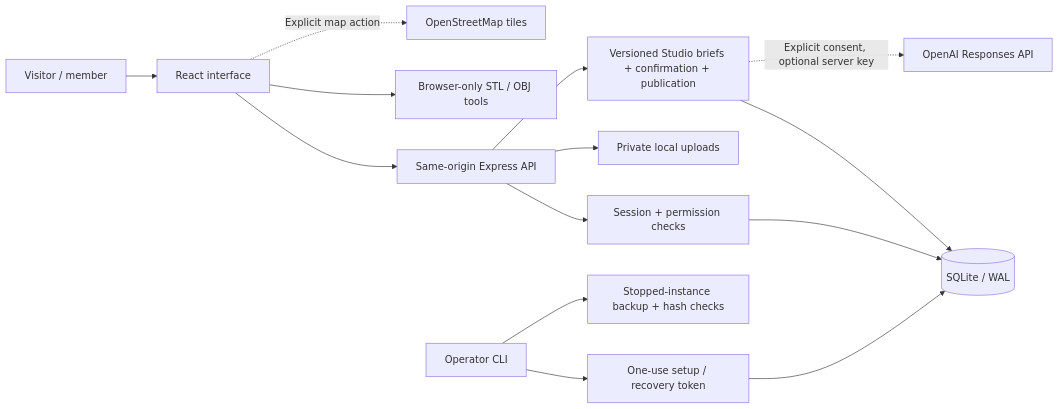
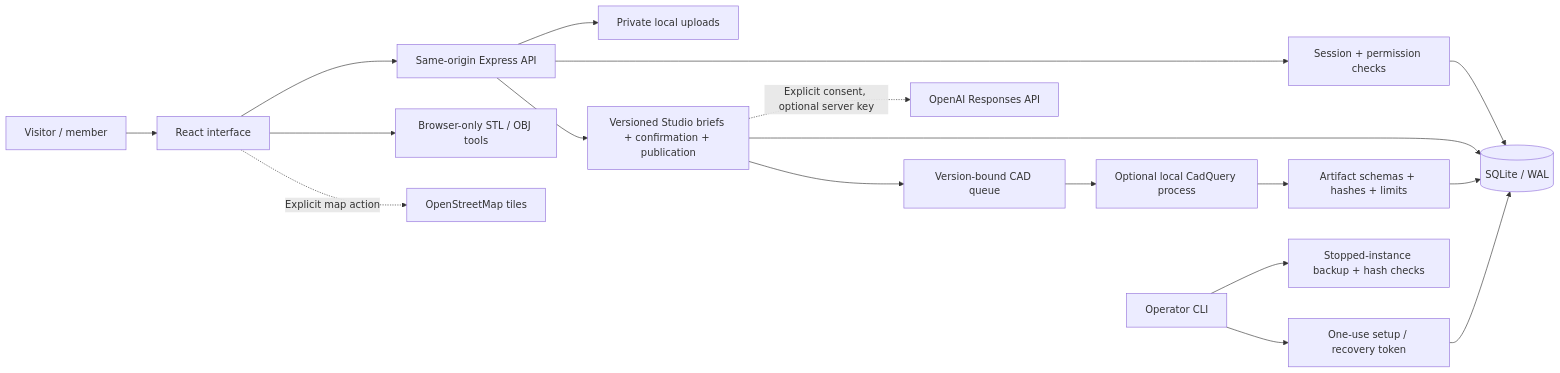
One commit to ultim8digital/openprint changed the diagram in docs/ARCHITECTURE.md. Above: the diagram before and after it, drawn with Mermaid. The commit also changed other lines of this file and 53 other files, not shown here.

````diff
--- a/docs/ARCHITECTURE.md
+++ b/docs/ARCHITECTURE.md
@@ -5,16 +5,20 @@
 ```mermaid
 flowchart LR
     Member[Visitor / member] --> UI[React interface]
     UI --> API[Same-origin Express API]
     API --> Auth[Session + permission checks]
     Auth --> DB[(SQLite / WAL)]
     API --> Files[Private local uploads]
     API --> Studio[Versioned Studio briefs + confirmation + publication]
     Studio --> DB
+    Studio --> Queue[Version-bound CAD queue]
+    Queue --> CAD[Optional local CadQuery process]
+    CAD --> Verify[Artifact schemas + hashes + limits]
+    Verify --> DB
     Studio -. Explicit consent, optional server key .-> AI[OpenAI Responses API]
     UI --> Tools[Browser-only STL / OBJ tools]
     UI -. Explicit map action .-> OSM[OpenStreetMap tiles]
     Operator[Operator CLI] --> Admin[One-use setup / recovery token]
     Admin --> DB
     Operator --> Backup[Stopped-instance backup + hash checks]
 ```
````
